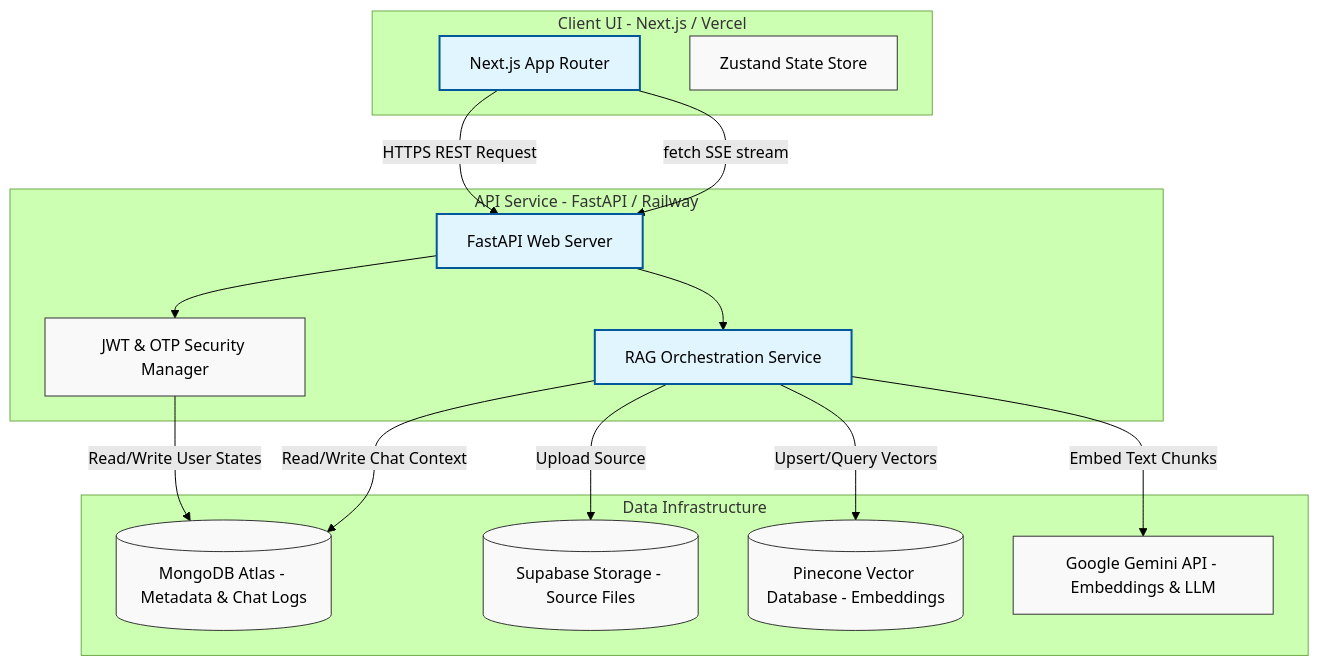
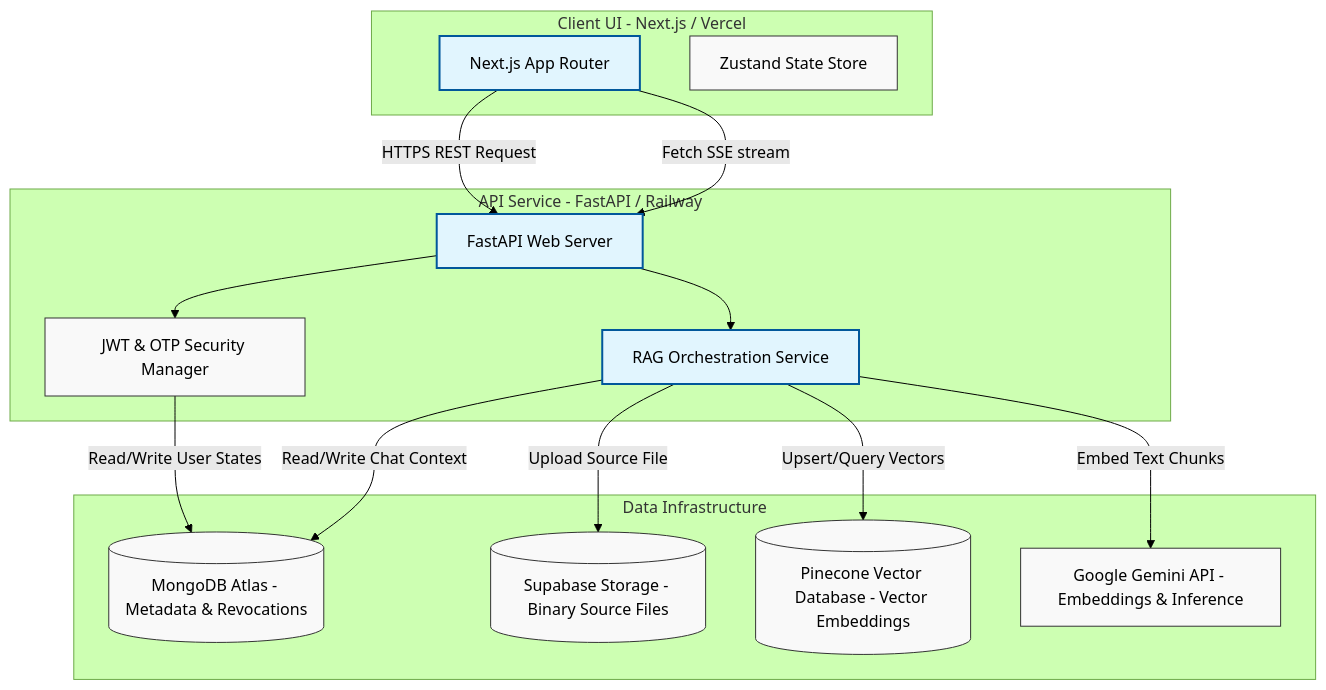
The diagram in README.md (joel8779/simplify-ai), drawn with Mermaid (forest theme) before and after one commit. The commit also changed other lines of this file, not shown here.

````diff
--- a/README.md
+++ b/README.md
@@ -23,38 +61,38 @@
 ```mermaid
 graph TD
     %% Service boundaries
     subgraph Client [Client UI - Next.js / Vercel]
         Next[Next.js App Router]
         Zustand[Zustand State Store]
     end
 
     subgraph API [API Service - FastAPI / Railway]
         Fast[FastAPI Web Server]
         Auth[JWT & OTP Security Manager]
         RAG[RAG Orchestration Service]
     end
 
     subgraph Infrastructure [Data Infrastructure]
-        Mongo[(MongoDB Atlas - Metadata & Chat Logs)]
-        Supa[(Supabase Storage - Source Files)]
-        Pine[(Pinecone Vector Database - Embeddings)]
-        Gemini[Google Gemini API - Embeddings & LLM]
+        Mongo[(MongoDB Atlas - Metadata & Revocations)]
+        Supa[(Supabase Storage - Binary Source Files)]
+        Pine[(Pinecone Vector Database - Vector Embeddings)]
+        Gemini[Google Gemini API - Embeddings & Inference]
     end
 
     %% Network flows
     Next -->|HTTPS REST Request| Fast
-    Next -->|fetch SSE stream| Fast
+    Next -->|Fetch SSE stream| Fast
     Fast --> Auth
     Fast --> RAG
     
     Auth -->|Read/Write User States| Mongo
-    RAG -->|Upload Source| Supa
+    RAG -->|Upload Source File| Supa
     RAG -->|Embed Text Chunks| Gemini
     RAG -->|Upsert/Query Vectors| Pine
     RAG -->|Read/Write Chat Context| Mongo
     
     classDef default fill:#f9f9f9,stroke:#333,stroke-width:1px;
     classDef active fill:#e1f5fe,stroke:#01579b,stroke-width:2px;
     
     class Next,Fast,RAG active;
 ```
````
